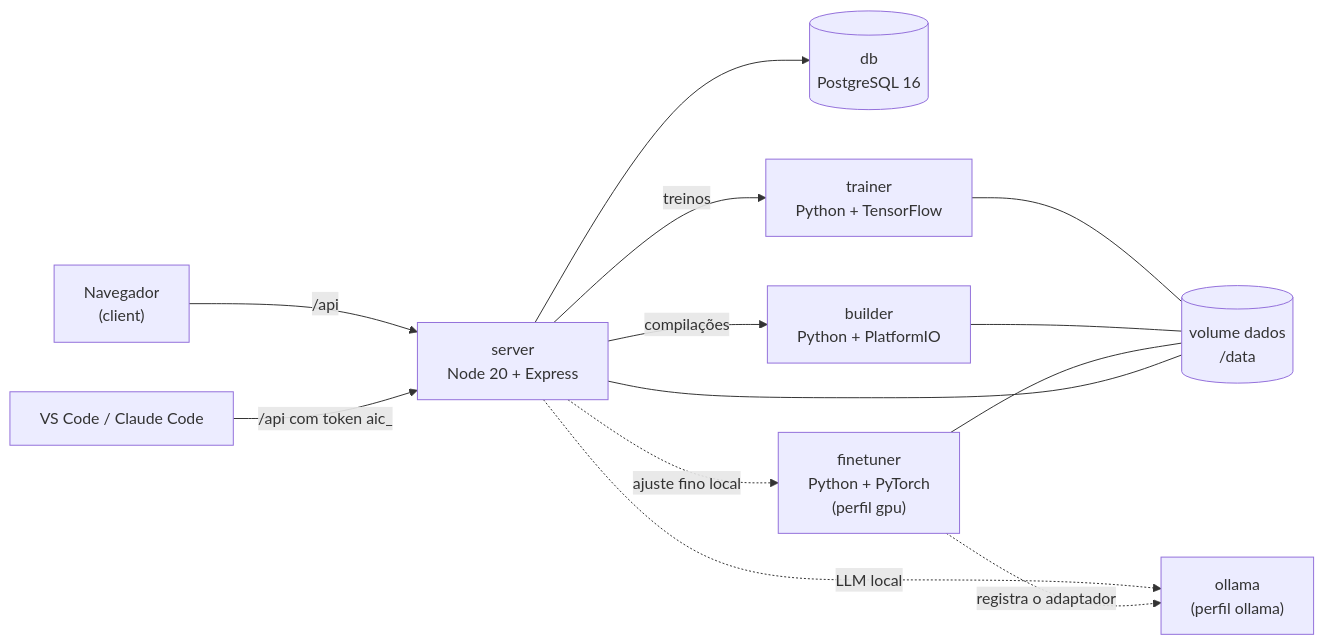
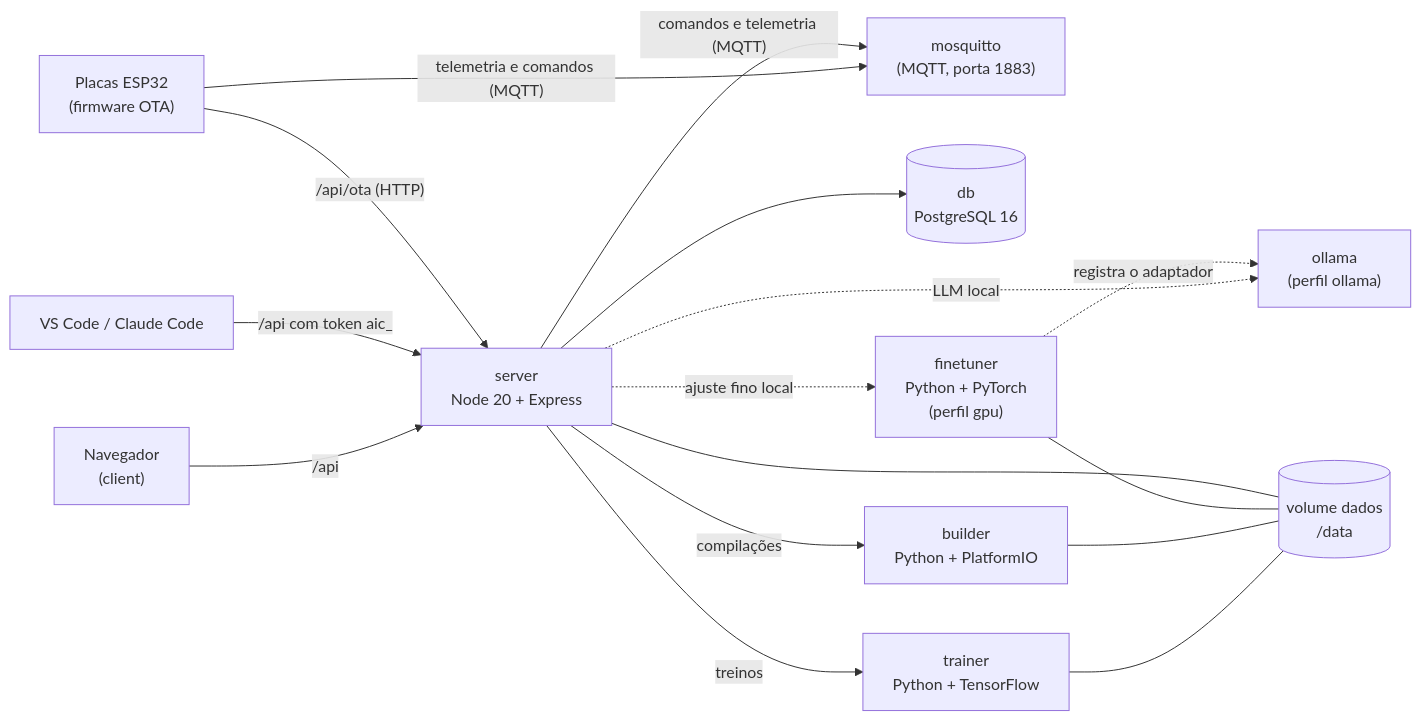
Before and after one commit to marco3079/ai-creator: the diagram in README.md, drawn with Mermaid. The commit also changed other lines of this file and 51 other files, not shown here.

First line of the commit message:
feat: leva B — frota e OTA, MQTT, histórico de projetos e release da extensão

````diff
--- a/README.md
+++ b/README.md
@@ -157,15 +171,18 @@
 ```mermaid
 flowchart LR
   navegador["Navegador<br/>(client)"] -->|"/api"| server["server<br/>Node 20 + Express"]
   vscode["VS Code / Claude Code"] -->|"/api com token aic_"| server
+  placas["Placas ESP32<br/>(firmware OTA)"] -->|"/api/ota (HTTP)"| server
+  placas -->|"telemetria e comandos (MQTT)"| mosquitto["mosquitto<br/>(MQTT, porta 1883)"]
+  server -->|"comandos e telemetria (MQTT)"| mosquitto
   server --> db[("db<br/>PostgreSQL 16")]
   server -->|"treinos"| trainer["trainer<br/>Python + TensorFlow"]
   server -->|"compilações"| builder["builder<br/>Python + PlatformIO"]
   server -.->|"LLM local"| ollama["ollama<br/>(perfil ollama)"]
   server -.->|"ajuste fino local"| finetuner["finetuner<br/>Python + PyTorch<br/>(perfil gpu)"]
   finetuner -.->|"registra o adaptador"| ollama
   trainer --- dados[("volume dados<br/>/data")]
   builder --- dados
   finetuner --- dados
   server --- dados
 ```
````
